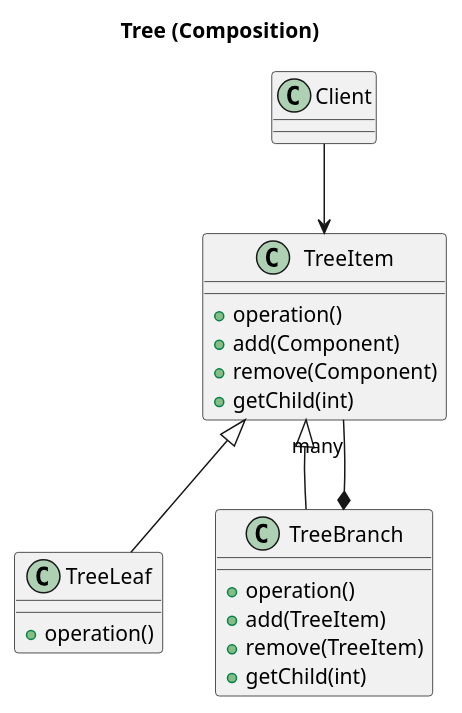
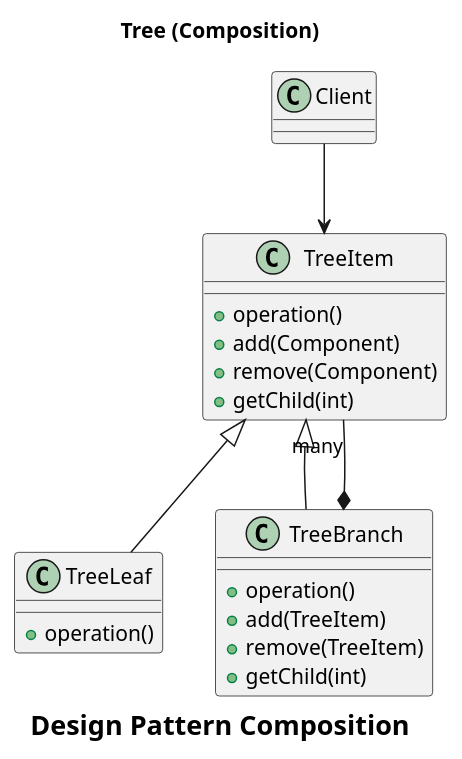
One commit to tavenel/website changed the second of 4 diagrams in src/pages/cours/tests/methodo/patterns-cours.md. Above: the diagram before and after it, drawn with PlantUML. The commit also changed other lines of this file and 22 other files, not shown here.

Commit message:
astro: plantuml and cleanup all diagrams

````diff
--- a/src/pages/cours/tests/methodo/patterns-cours.md
+++ b/src/pages/cours/tests/methodo/patterns-cours.md
@@ -116,30 +119,35 @@
 ```plantuml
 @startuml
+
+caption
+= Design Pattern Composition
+endcaption
+
 title Tree (Composition)
 
 class TreeItem {
   +operation()
   +add(Component)
   +remove(Component)
   +getChild(int)
 }
 
 class TreeLeaf {
   +operation()
 }
 
 class TreeBranch {
   +operation()
   +add(TreeItem)
   +remove(TreeItem)
   +getChild(int)
 }
 
 class Client
 
 TreeItem <|-- TreeLeaf
 TreeItem <|-- TreeBranch
 TreeBranch *-- "many" TreeItem
 Client --> TreeItem
 @enduml
 ```
````
